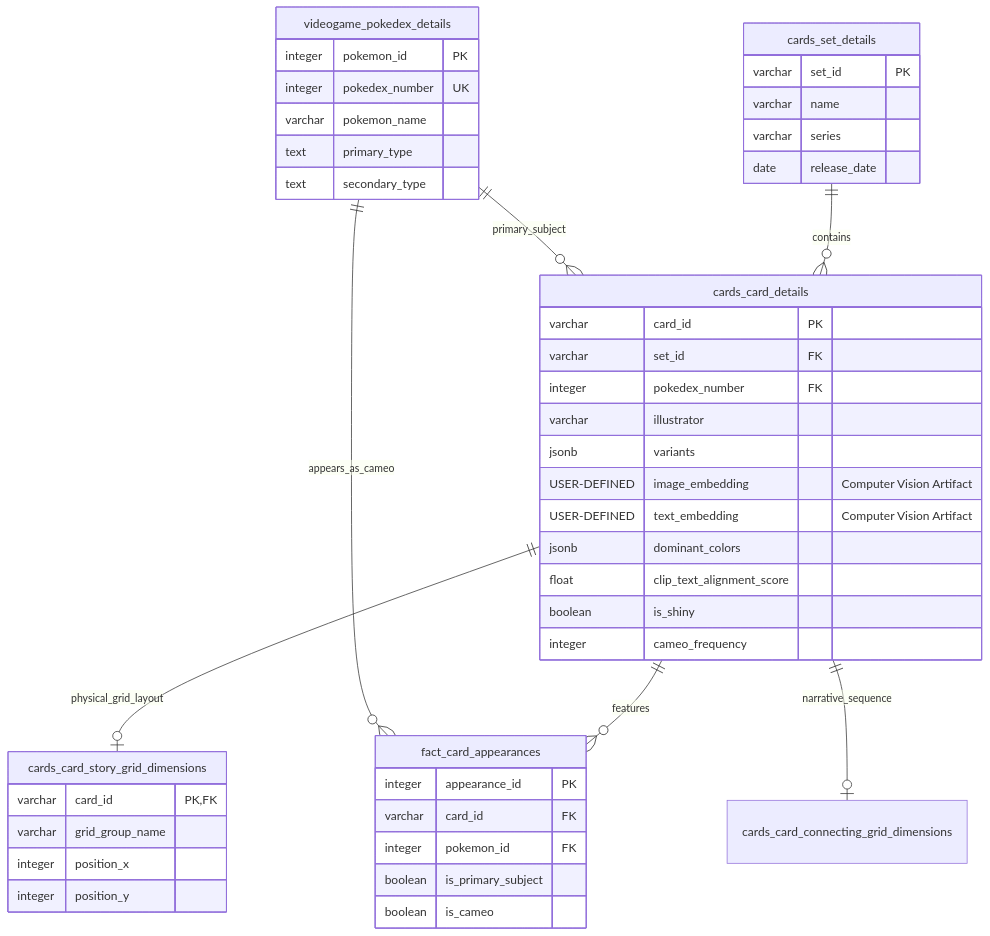
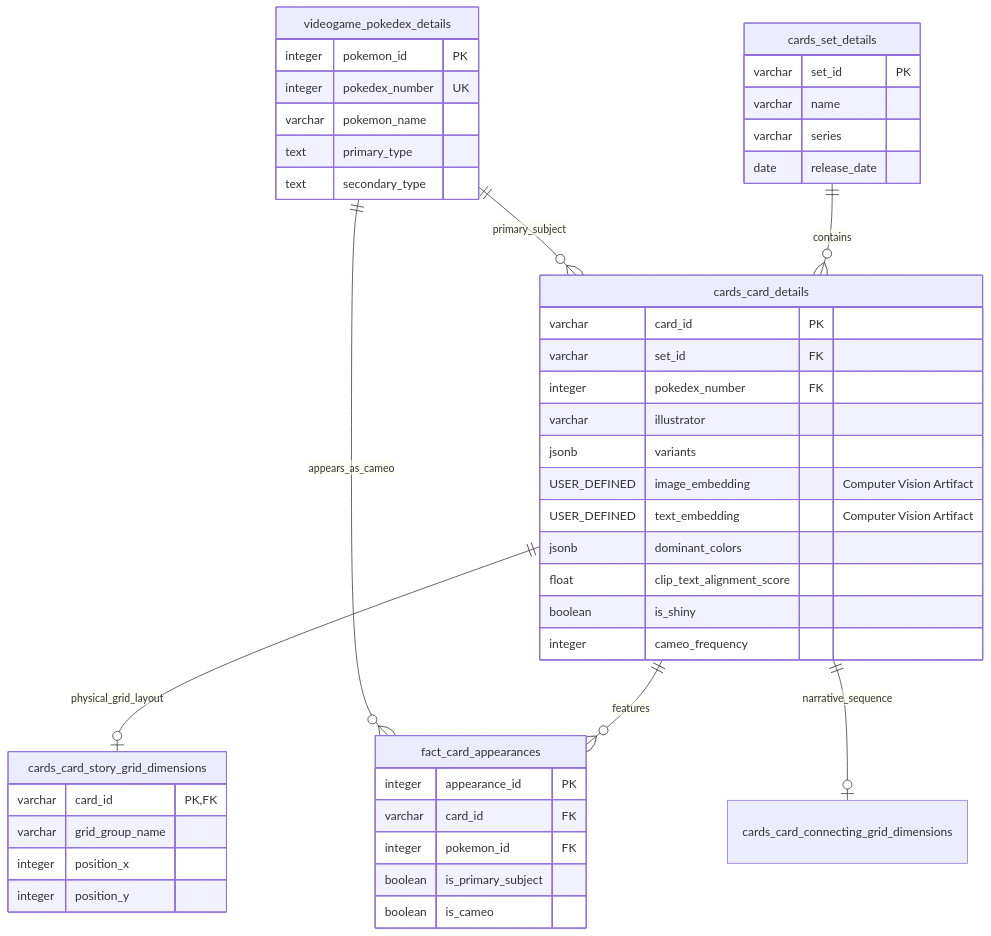
Before and after one commit to jdeglenholmes/tcg-metabase: the diagram in README.md, drawn with Mermaid. The commit also changed other lines of this file, not shown here.

Commit message:
Hotfix/corrected README mermaid render error.

````diff
--- a/README.md
+++ b/README.md
@@ -34,55 +34,55 @@
 ```mermaid
 erDiagram
     cards_set_details ||--o{ cards_card_details : "contains"
     videogame_pokedex_details ||--o{ cards_card_details : "primary_subject"
     
     cards_card_details ||--o{ fact_card_appearances : "features"
     videogame_pokedex_details ||--o{ fact_card_appearances : "appears_as_cameo"
 
     cards_card_details ||--o| cards_card_story_grid_dimensions : "physical_grid_layout"
     cards_card_details ||--o| cards_card_connecting_grid_dimensions : "narrative_sequence"
     
     cards_card_details {
         varchar card_id PK
         varchar set_id FK
         integer pokedex_number FK
         varchar illustrator
         jsonb variants
-        USER-DEFINED image_embedding "Computer Vision Artifact"
-        USER-DEFINED text_embedding "Computer Vision Artifact"
+        USER_DEFINED image_embedding "Computer Vision Artifact"
+        USER_DEFINED text_embedding "Computer Vision Artifact"
         jsonb dominant_colors
         float clip_text_alignment_score
         boolean is_shiny
         integer cameo_frequency
     }
 
     cards_set_details {
         varchar set_id PK
         varchar name
         varchar series
         date release_date
     }
 
     videogame_pokedex_details {
         integer pokemon_id PK
         integer pokedex_number UK
         varchar pokemon_name
         text primary_type
         text secondary_type
     }
 
     fact_card_appearances {
         integer appearance_id PK
         varchar card_id FK
         integer pokemon_id FK
         boolean is_primary_subject
         boolean is_cameo
     }
     
     cards_card_story_grid_dimensions {
         varchar card_id PK, FK
         varchar grid_group_name
         integer position_x
         integer position_y
     }
 ```
````
